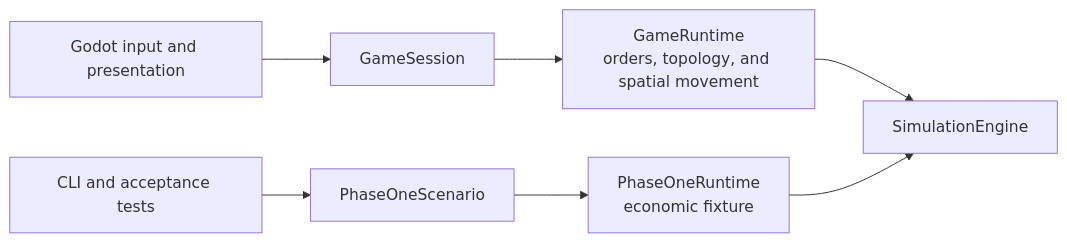
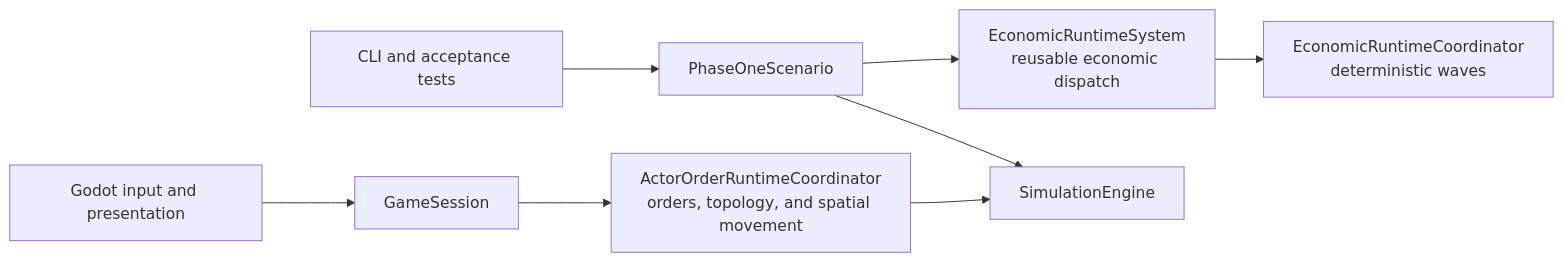
Before and after one commit to Elec0/galaxy-simulator: the diagram in docs/simulation-architecture.md, drawn with Mermaid. The commit also changed other lines of this file and 14 other files, not shown here.

Commit message:
Refine simulation architecture and acceptance coverage

````diff
--- a/docs/simulation-architecture.md
+++ b/docs/simulation-architecture.md
@@ -53,9 +55,10 @@
 ```mermaid
 flowchart LR
     godot["Godot input and presentation"] --> session["GameSession"]
-    session --> game["GameRuntime<br/>orders, topology, and spatial movement"]
+    session --> game["ActorOrderRuntimeCoordinator<br/>orders, topology, and spatial movement"]
     cli["CLI and acceptance tests"] --> scenario["PhaseOneScenario"]
-    scenario --> phase_one["PhaseOneRuntime<br/>economic fixture"]
+    scenario --> economic["EconomicRuntimeSystem<br/>reusable economic dispatch"]
     game --> engine["SimulationEngine"]
-    phase_one --> engine
+    economic --> coordinator["EconomicRuntimeCoordinator<br/>deterministic waves"]
+    scenario --> engine
 ```
````
